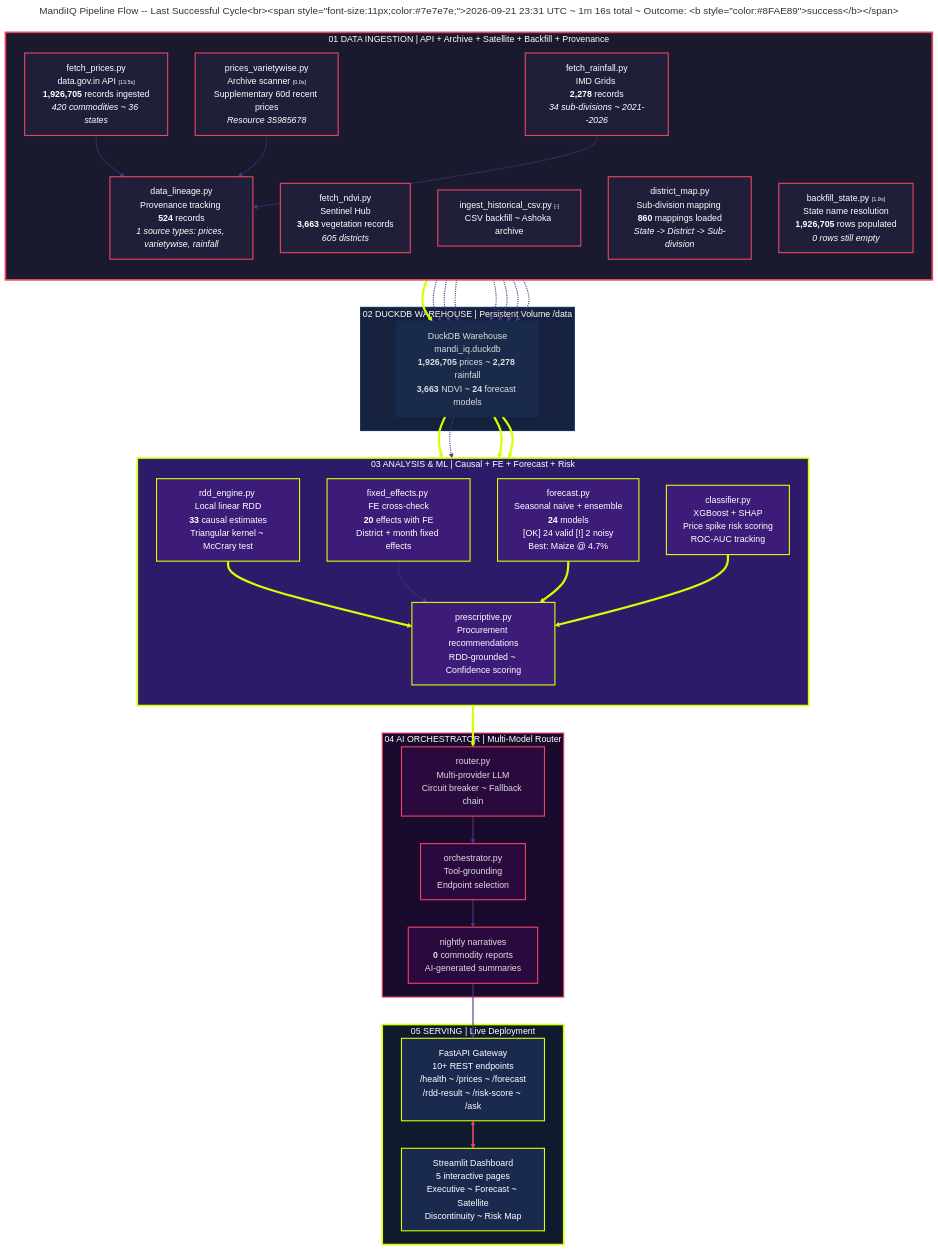
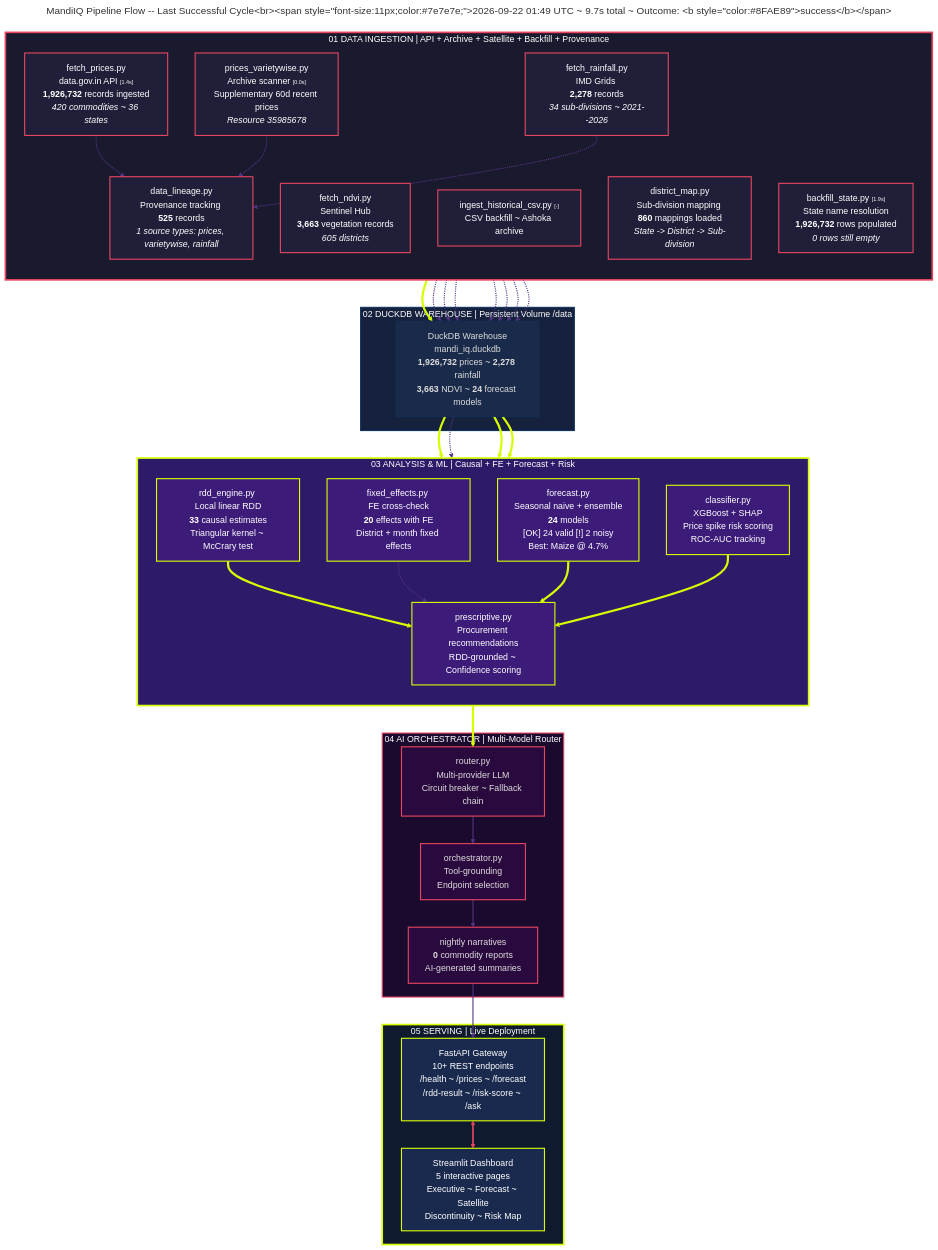
The diagram in diagrams/pipeline-flow-live.mmd (flawsom/test-mandi), drawn with Mermaid before and after one commit. The commit also changed 6 other files, not shown here.

```diff
--- a/diagrams/pipeline-flow-live.mmd
+++ b/diagrams/pipeline-flow-live.mmd
@@ -1,139 +1,139 @@
 ---
-title: "MandiIQ Pipeline Flow -- Last Successful Cycle<br/><span style='font-size:11px;color:#7e7e7e;'>2026-09-21 23:31 UTC ~ 1m 16s total ~ Outcome: <b style='color:#8FAE89'>success</b></span>"
+title: "MandiIQ Pipeline Flow -- Last Successful Cycle<br/><span style='font-size:11px;color:#7e7e7e;'>2026-09-22 01:49 UTC ~ 9.7s total ~ Outcome: <b style='color:#8FAE89'>success</b></span>"
 ---
 %%{init: {
   "theme": "dark",
   "themeVariables": {
     "primaryColor": "#1a1a2e",
     "primaryTextColor": "#ffffff",
     "primaryBorderColor": "#d7ff00",
     "lineColor": "#d7ff00",
     "secondaryColor": "#16213e",
     "tertiaryColor": "#0f3460",
     "mainBkg": "#0d0d1a",
     "nodeBorder": "#533483",
     "clusterBkg": "#0a0a12",
     "clusterBorder": "#2a2a4a",
     "titleColor": "#d7ff00",
     "edgeLabelBackground": "#0d0d1a",
     "nodeTextColor": "#ffffff",
     "fontFamily": "\"Space Grotesk\", \"Inter\", sans-serif"
   },
   "flowchart": {
     "useMaxWidth": true,
     "htmlLabels": true,
     "curve": "basis",
     "padding": 20
   }
 }%%
 flowchart TD
     %% Stage 1: DATA INGESTION
     subgraph S1["01 DATA INGESTION  | API + Archive + Satellite + Backfill + Provenance"]
         direction TB
-        A1["fetch_prices.py<br/>data.gov.in API <span style='color:#7e7e7e;font-size:10px;'>[13.5s]</span><br/><b>1,926,705</b> records ingested<br/><i>420 commodities ~ 36 states</i>"]
+        A1["fetch_prices.py<br/>data.gov.in API <span style='color:#7e7e7e;font-size:10px;'>[1.4s]</span><br/><b>1,926,732</b> records ingested<br/><i>420 commodities ~ 36 states</i>"]
         A2["prices_varietywise.py<br/>Archive scanner <span style='color:#7e7e7e;font-size:10px;'>[0.0s]</span><br/>Supplementary 60d recent prices<br/><i>Resource 35985678</i>"]
         A3["fetch_rainfall.py<br/>IMD Grids <br/><b>2,278</b> records<br/><i>34 sub-divisions ~ 2021--2026</i>"]
         A4["fetch_ndvi.py<br/>Sentinel Hub <br/><b>3,663</b> vegetation records<br/><i>605 districts</i>"]
         A5["ingest_historical_csv.py <span style='color:#7e7e7e;font-size:10px;'>[-]</span><br/>CSV backfill ~ Ashoka archive"]
         A6["district_map.py<br/>Sub-division mapping <br/><b>860</b> mappings loaded<br/><i>State -> District -> Sub-division</i>"]
-        A7["backfill_state.py <span style='color:#7e7e7e;font-size:10px;'>[1.9s]</span><br/>State name resolution<br/><b>1,926,705</b> rows populated<br/><i>0 rows still empty</i>"]
-        A8["data_lineage.py<br/>Provenance tracking <br/><b>524</b> records<br/><i>1 source types: prices, varietywise, rainfall</i>"]
+        A7["backfill_state.py <span style='color:#7e7e7e;font-size:10px;'>[1.9s]</span><br/>State name resolution<br/><b>1,926,732</b> rows populated<br/><i>0 rows still empty</i>"]
+        A8["data_lineage.py<br/>Provenance tracking <br/><b>525</b> records<br/><i>1 source types: prices, varietywise, rainfall</i>"]
     end
 
     %% Stage 2: DUCKDB WAREHOUSE
     subgraph S2["02 DUCKDB WAREHOUSE  | Persistent Volume /data"]
-        B1["DuckDB Warehouse<br/>mandi_iq.duckdb<br/><b>1,926,705</b> prices ~ <b>2,278</b> rainfall<br/><b>3,663</b> NDVI ~ <b>24</b> forecast models"]
+        B1["DuckDB Warehouse<br/>mandi_iq.duckdb<br/><b>1,926,732</b> prices ~ <b>2,278</b> rainfall<br/><b>3,663</b> NDVI ~ <b>24</b> forecast models"]
     end
 
     %% Stage 3: ANALYSIS & ML
     subgraph S3["03 ANALYSIS & ML  | Causal + FE + Forecast + Risk"]
         direction TB
         C1["rdd_engine.py <br/>Local linear RDD<br/><b>33</b> causal estimates<br/>Triangular kernel ~ McCrary test"]
         C2["fixed_effects.py <br/>FE cross-check<br/><b>20</b> effects with FE<br/>District + month fixed effects"]
         C3["forecast.py <br/>Seasonal naive + ensemble<br/><b>24</b> models<br/><span style='color:#8FAE89'>[OK] 24 valid</span> <span style='color:#D9663B'>[!] 2 noisy</span><br/>Best: Maize @ 4.7%"]
         C4["classifier.py <br/>XGBoost + SHAP<br/>Price spike risk scoring<br/>ROC-AUC tracking"]
         C5["prescriptive.py<br/>Procurement recommendations<br/>RDD-grounded ~ Confidence scoring"]
     end
 
     %% Stage 4: AI ORCHESTRATOR
     subgraph S4["04 AI ORCHESTRATOR  | Multi-Model Router"]
         D1["router.py<br/>Multi-provider LLM<br/>Circuit breaker ~ Fallback chain"]
         D2["orchestrator.py<br/>Tool-grounding<br/>Endpoint selection"]
         D3["nightly narratives<br/><b>0</b> commodity reports<br/>AI-generated summaries"]
     end
 
     %% Stage 5: SERVING
     subgraph S5["05 SERVING  | Live Deployment"]
         E1["FastAPI Gateway<br/>10+ REST endpoints<br/>/health ~ /prices ~ /forecast<br/>/rdd-result ~ /risk-score ~ /ask"]
         E2["Streamlit Dashboard<br/>5 interactive pages<br/>Executive ~ Forecast ~ Satellite<br/>Discontinuity ~ Risk Map"]
     end
 
     %% Main flow: ingestion -> warehouse
     A1 ==> B1
     A2 -.-> B1
     A3 -.-> B1
     A4 -.-> B1
     A5 -.-> B1
     A6 -.-> B1
     A7 -.-> B1
 
     %% Main flow: ingestion -> provenance tracking
     A1 -.-> A8
     A2 -.-> A8
     A3 -.-> A8
     A8 -.-> B1
 
     %% Main flow: warehouse -> analysis
     B1 ==> C1
     B1 -.-> C2
     B1 ==> C3
     B1 ==> C4
 
     %% Main flow: analysis -> prescriptive -> AI
     C1 ==> C5
     C2 -.-> C5
     C3 ==> C5
     C4 ==> C5
 
     C5 ==> D1
     D1 ==> D2
     D2 ==> D3
     D3 ==> E1
 
     E1 <==> E2
 
     %% Edge styling: thick = primary path
     linkStyle 0,11,13,14,15,17,18,19 stroke-width:4px,stroke:#d7ff00,fill:none
     linkStyle 1,2,3,4,5,6,7,8,9,10,12,16,20,21,22 stroke-width:2px,stroke:#533483,fill:none
     linkStyle 23 stroke-width:3px,stroke:#e94560,fill:none
 
     %% Stage classes
     classDef stage1 fill:#1a1a2e,stroke:#e94560,stroke-width:3px,color:#fff
     classDef stage1Node fill:#1f1f3a,stroke:#e94560,stroke-width:2px,color:#fff
 
     classDef stage2 fill:#16213e,stroke:#0f3460,stroke-width:2px,color:#fff
     classDef stage2Node fill:#1a2a4a,stroke:#0f3460,stroke-width:1px,color:#ddd
 
     classDef stage3 fill:#2d1b69,stroke:#d7ff00,stroke-width:3px,color:#fff
     classDef stage3Node fill:#3d1b79,stroke:#d7ff00,stroke-width:2px,color:#fff
 
     classDef stage4 fill:#1a0a2e,stroke:#e94560,stroke-width:2px,color:#fff
     classDef stage4Node fill:#2a0a3e,stroke:#e94560,stroke-width:2px,color:#ddd
 
     classDef stage5 fill:#0f1a2e,stroke:#d7ff00,stroke-width:3px,color:#fff
     classDef stage5Node fill:#1a2a4e,stroke:#d7ff00,stroke-width:2px,color:#fff
 
     class S1 stage1
     class A1,A2,A3,A4,A5,A6,A7,A8 stage1Node
 
     class S2 stage2
     class B1 stage2Node
 
     class S3 stage3
     class C1,C2,C3,C4,C5 stage3Node
 
     class S4 stage4
     class D1,D2,D3 stage4Node
 
     class S5 stage5
     class E1,E2 stage5Node
```
